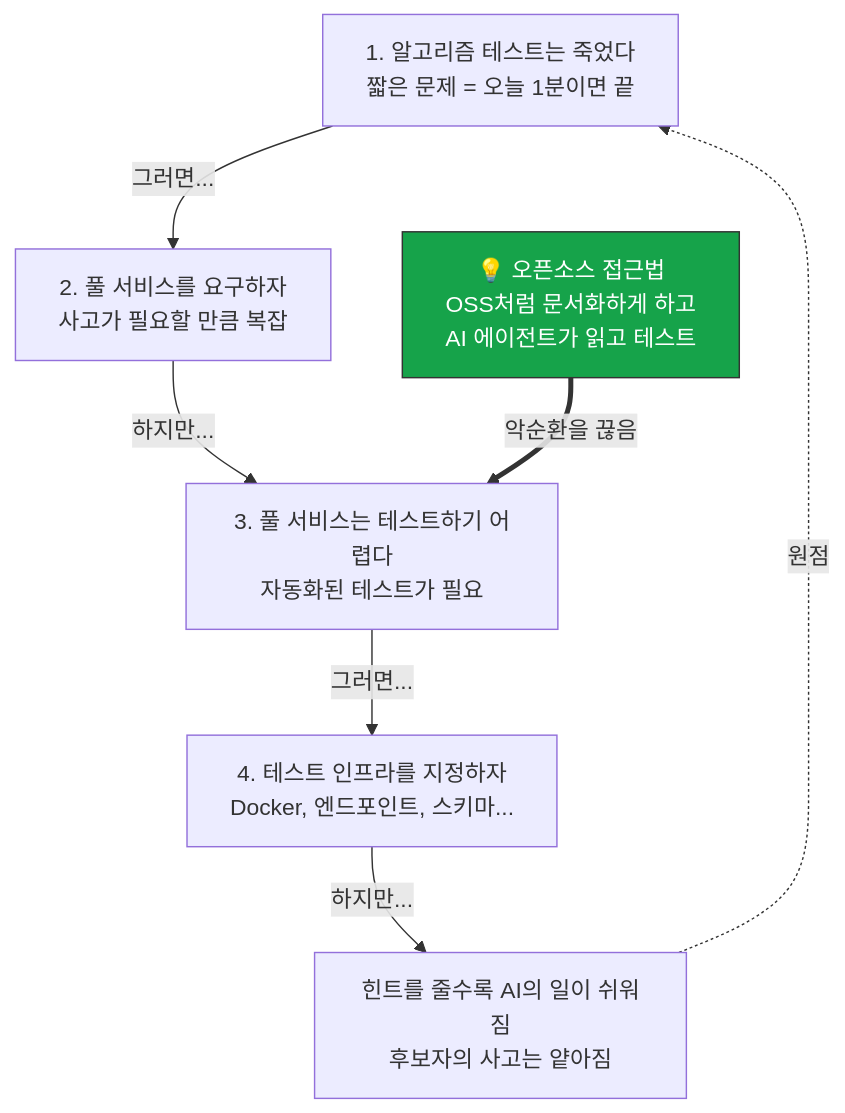
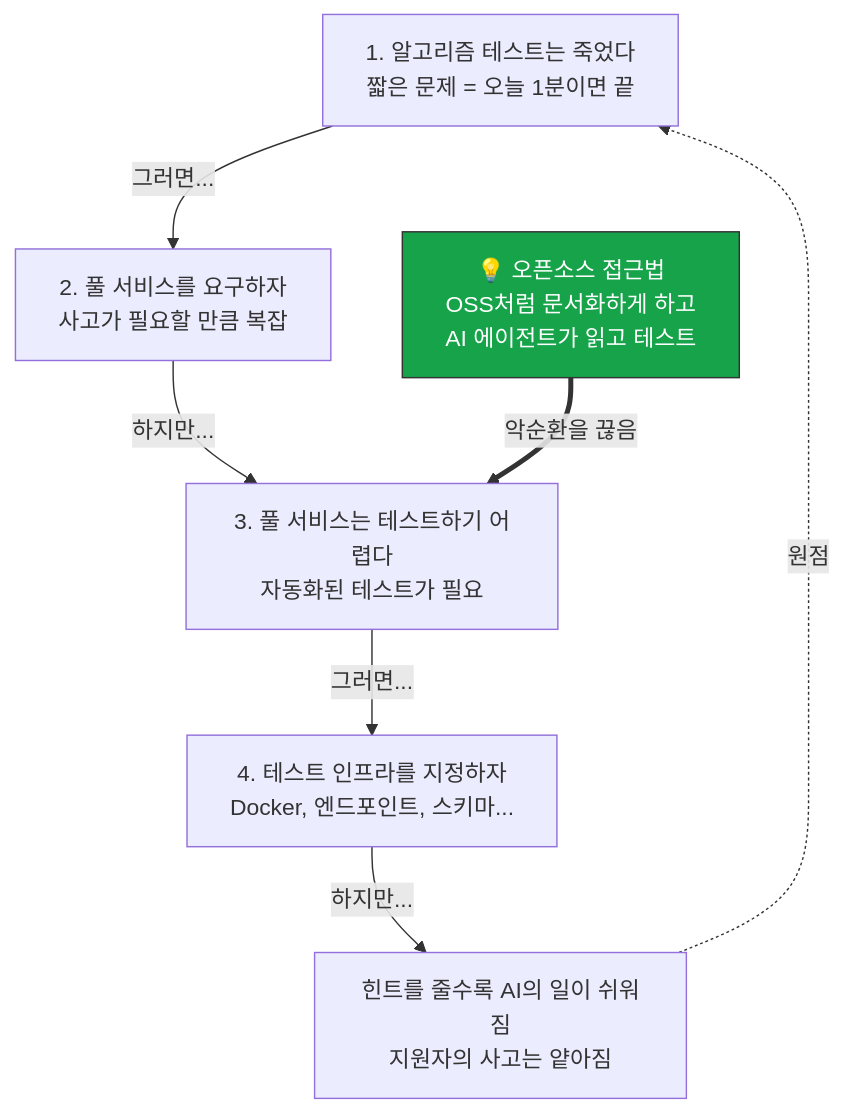
One commit to taokim/taokim.github.io changed the second of 4 diagrams in content/posts/2026-02-24-ai-native-hiring-philosophy.ko.md. Above: the diagram before and after it, drawn with Mermaid. The commit also changed other lines of this file and 2 other files, not shown here.

```diff
--- a/content/posts/2026-02-24-ai-native-hiring-philosophy.ko.md
+++ b/content/posts/2026-02-24-ai-native-hiring-philosophy.ko.md
@@ -132,13 +136,13 @@
 {{< mermaid title="테스트 가능성–모호함의 딜레마" >}}
 graph TD
     A["1. 알고리즘 테스트는 죽었다<br/>짧은 문제 = 오늘 1분이면 끝"] -->|그러면...| B["2. 풀 서비스를 요구하자<br/>사고가 필요할 만큼 복잡"]
     B -->|하지만...| C["3. 풀 서비스는 테스트하기 어렵다<br/>자동화된 테스트가 필요"]
     C -->|그러면...| D["4. 테스트 인프라를 지정하자<br/>Docker, 엔드포인트, 스키마..."]
-    D -->|하지만...| E["힌트를 줄수록 AI의 일이 쉬워짐<br/>후보자의 사고는 얕아짐"]
+    D -->|하지만...| E["힌트를 줄수록 AI의 일이 쉬워짐<br/>지원자의 사고는 얕아짐"]
     E -.->|원점| A
 
     OS["💡 오픈소스 접근법<br/>OSS처럼 문서화하게 하고<br/>AI 에이전트가 읽고 테스트"]
     OS ==>|악순환을 끊음| C
 
     style OS fill:#16a34a,stroke:#333,color:#fff
 {{< /mermaid >}}
```
